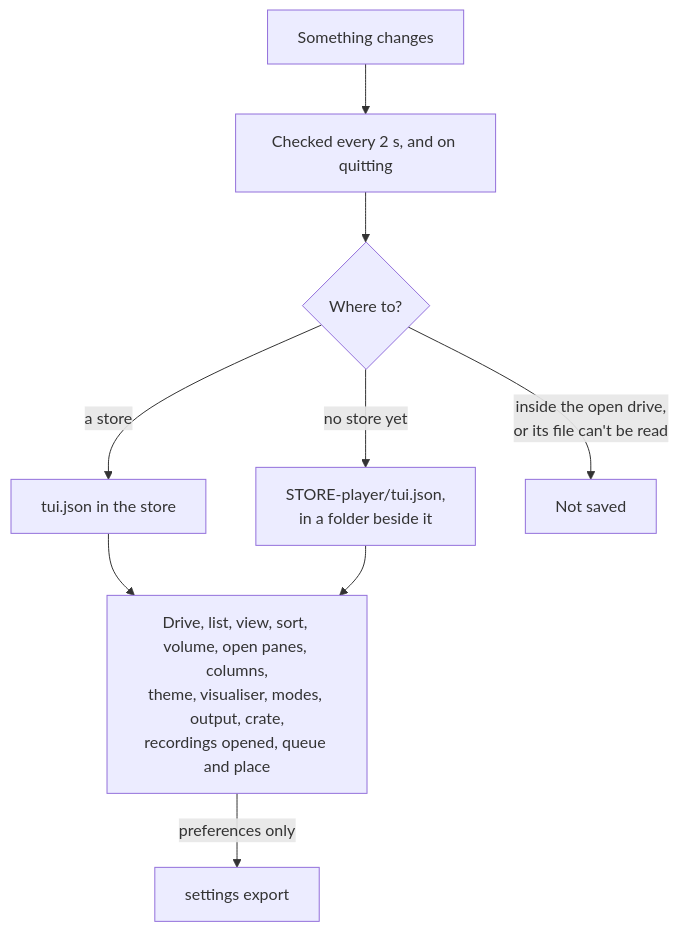
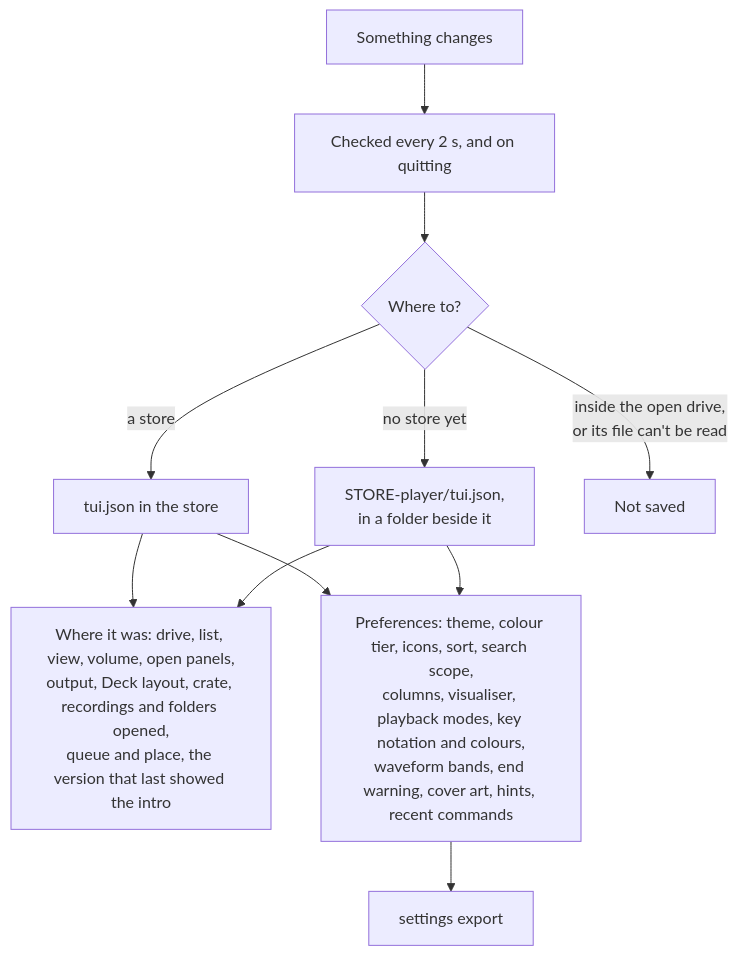
Diagram 17 of 17 in apps/locallibrary/docs/diagrams/player.md (cutenode/localnetwork), drawn with Mermaid before and after one commit. The commit also changed other lines of this file and 6 other files, not shown here.

First line of the commit message:
docs(locallibrary): bring the diagrams up to date with the code

````diff
--- a/apps/locallibrary/docs/diagrams/player.md
+++ b/apps/locallibrary/docs/diagrams/player.md
@@ -287,11 +372,13 @@
 ```mermaid
 flowchart TD
     change["Something changes"] --> check["Checked every 2 s, and on quitting"]
     check --> has{"Where to?"}
     has -->|"a store"| tui["tui.json in the store"]
     has -->|"no store yet"| beside["STORE-player/tui.json,<br/>in a folder beside it"]
     has -->|"inside the open drive,<br/>or its file can't be read"| none["Not saved"]
-    tui --> keeps["Drive, list, view, sort, volume, open panes, columns,<br/>theme, visualiser, modes, output, crate,<br/>recordings opened, queue and place"]
-    beside --> keeps
-    keeps -->|"preferences only"| export["settings export"]
+    tui --> where["Where it was: drive, list, view, volume, open panels,<br/>output, Deck layout, crate, recordings and folders opened,<br/>queue and place, the version that last showed the intro"]
+    beside --> where
+    tui --> prefs["Preferences: theme, colour tier, icons, sort, search scope,<br/>columns, visualiser, playback modes, key notation and colours,<br/>waveform bands, end warning, cover art, hints, recent commands"]
+    beside --> prefs
+    prefs --> export["settings export"]
 ```
````
